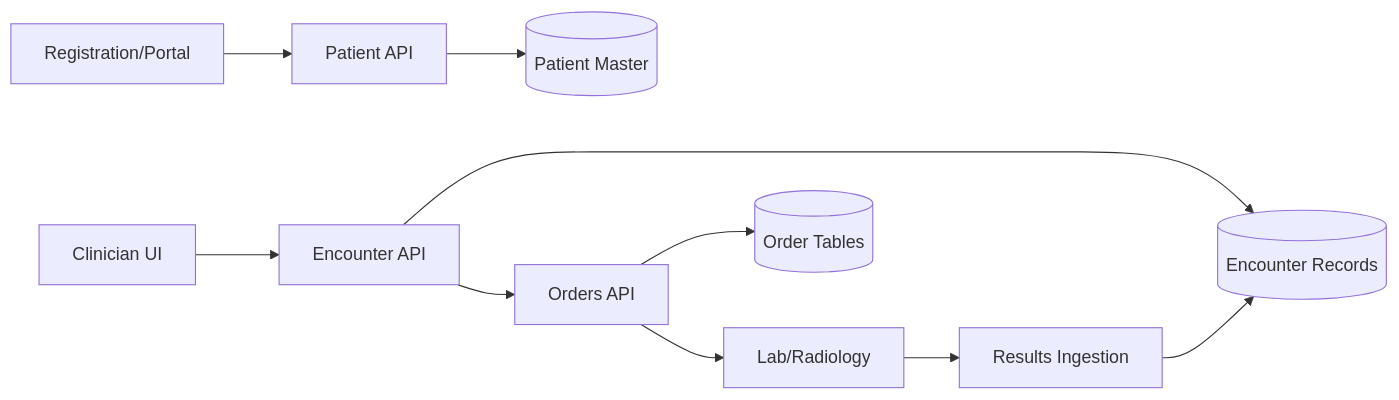
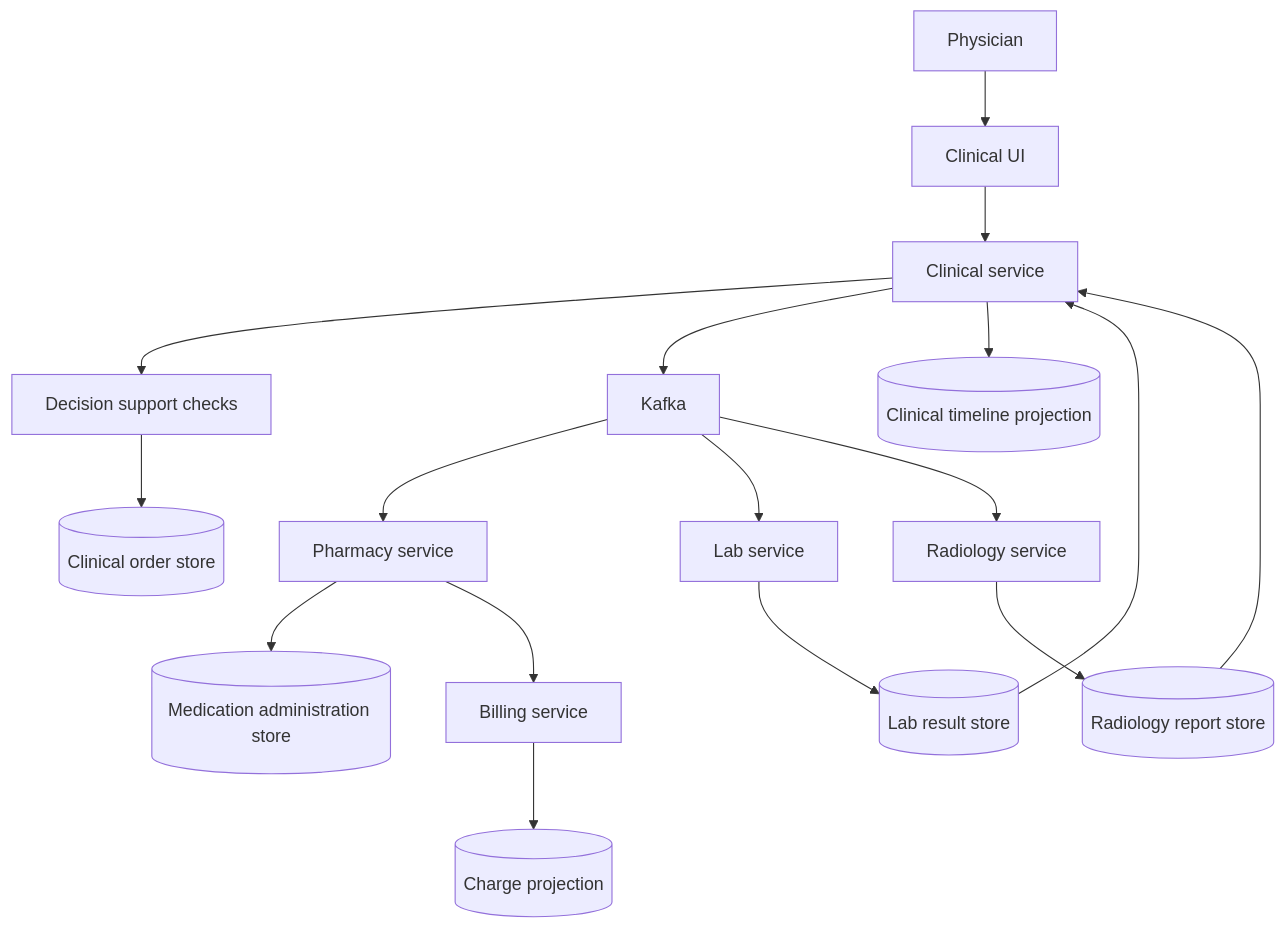
One commit to 0Ankit0/Project-Ideas changed the second of 4 diagrams in Hospital Information System/high-level-design/data-flow-diagrams.md. Above: the diagram before and after it, drawn with Mermaid. The commit also changed other lines of this file and 18 other files, not shown here.

````diff
--- a/Hospital Information System/high-level-design/data-flow-diagrams.md
+++ b/Hospital Information System/high-level-design/data-flow-diagrams.md
@@ -4,13 +31,19 @@
 ```mermaid
-flowchart LR
-    Intake[Registration/Portal] --> PatientAPI[Patient API]
-    PatientAPI --> PatientStore[(Patient Master)]
-
-    ClinicalUI[Clinician UI] --> EncounterAPI[Encounter API]
-    EncounterAPI --> EncounterStore[(Encounter Records)]
-    EncounterAPI --> OrdersAPI[Orders API]
-    OrdersAPI --> OrderStore[(Order Tables)]
-    OrdersAPI --> ExternalLab[Lab/Radiology]
-    ExternalLab --> ResultsIngest[Results Ingestion]
-    ResultsIngest --> EncounterStore
+flowchart TD
+    Physician[Physician] --> ClinicalUI[Clinical UI]
+    ClinicalUI --> Clinical[Clinical service]
+    Clinical --> CDS[Decision support checks]
+    CDS --> OrderDB[(Clinical order store)]
+    Clinical --> Kafka[Kafka]
+    Kafka --> Pharmacy[Pharmacy service]
+    Kafka --> Lab[Lab service]
+    Kafka --> Radiology[Radiology service]
+    Pharmacy --> MAR[(Medication administration store)]
+    Lab --> ResultDB[(Lab result store)]
+    Radiology --> Imaging[(Radiology report store)]
+    ResultDB --> Clinical
+    Imaging --> Clinical
+    Pharmacy --> Billing[Billing service]
+    Clinical --> Timeline[(Clinical timeline projection)]
+    Billing --> Revenue[(Charge projection)]
 ```
````
